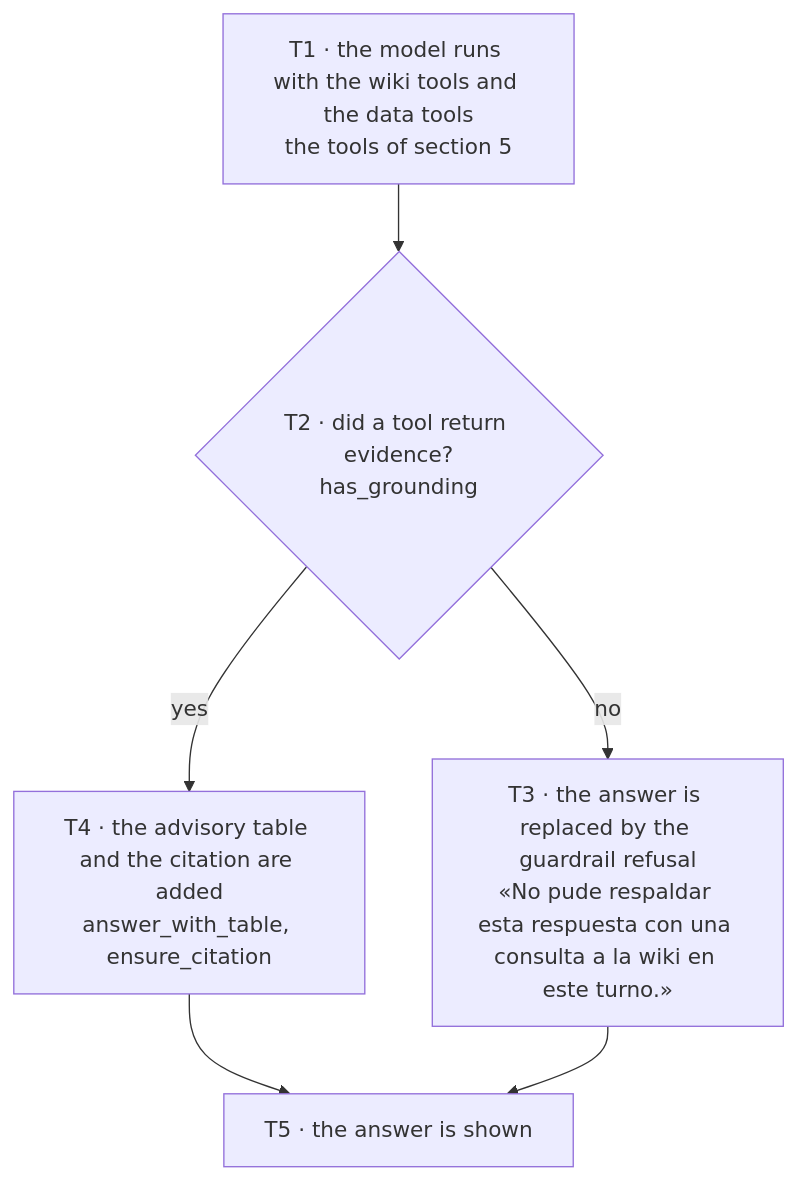
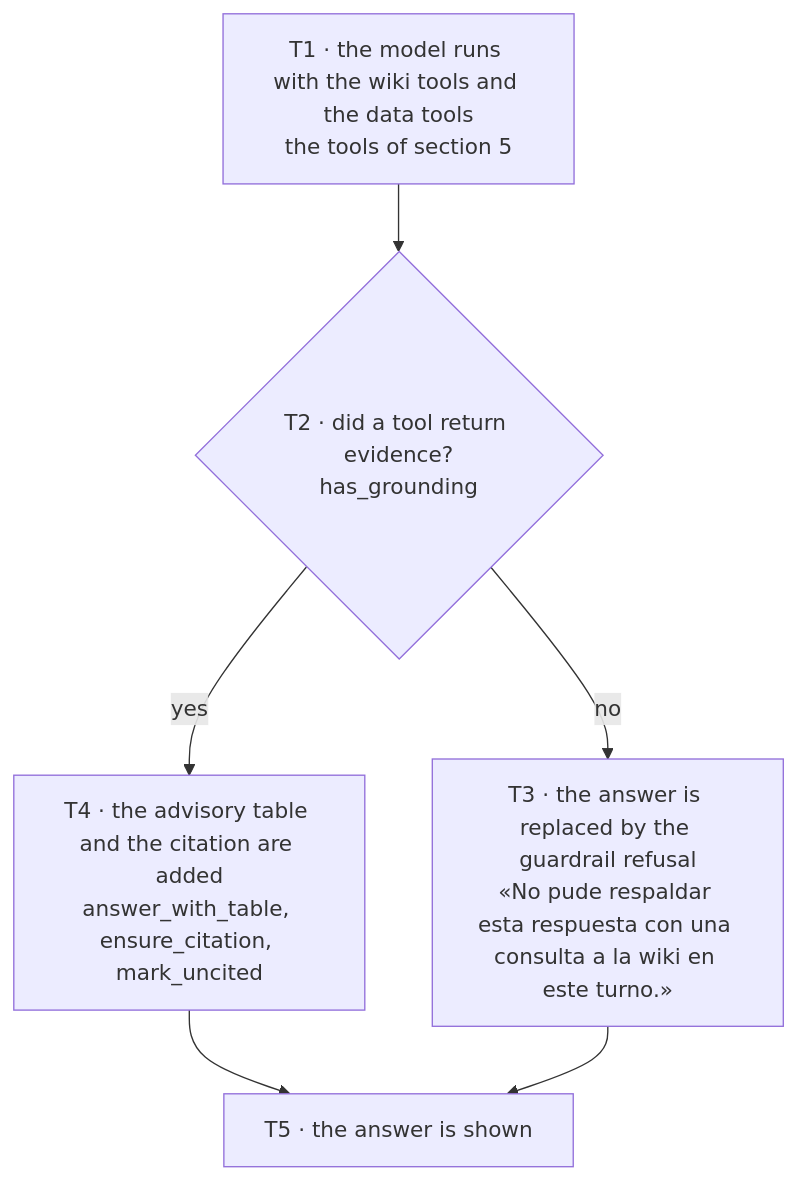
One commit to Clod/llmwiki-marimo changed the third of 4 diagrams in docs/query_nodes.md. Above: the diagram before and after it, drawn with Mermaid. The commit also changed other lines of this file and 5 other files, not shown here.

````diff
--- a/docs/query_nodes.md
+++ b/docs/query_nodes.md
@@ -248,11 +248,11 @@
 ```mermaid
 flowchart TD
     T1["T1 · the model runs with the wiki tools and the data tools<br/>the tools of section 5"]
     T2{"T2 · did a tool return evidence?<br/>has_grounding"}
     T3["T3 · the answer is replaced by the guardrail refusal<br/>«No pude respaldar esta respuesta con una consulta a la wiki en este turno.»"]
-    T4["T4 · the advisory table and the citation are added<br/>answer_with_table, ensure_citation"]
+    T4["T4 · the advisory table and the citation are added<br/>answer_with_table, ensure_citation, mark_uncited"]
     T5["T5 · the answer is shown"]
     T1 --> T2
     T2 -->|yes| T4 --> T5
     T2 -->|no| T3 --> T5
 ```
````
